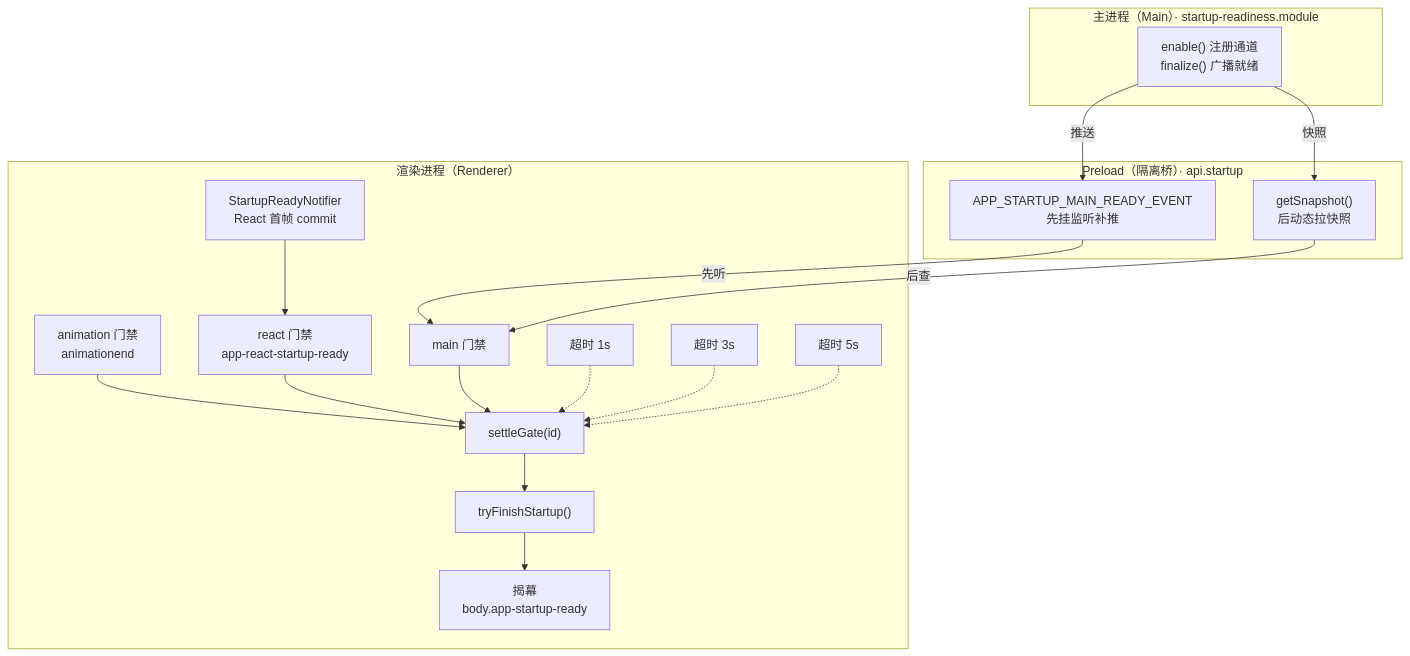
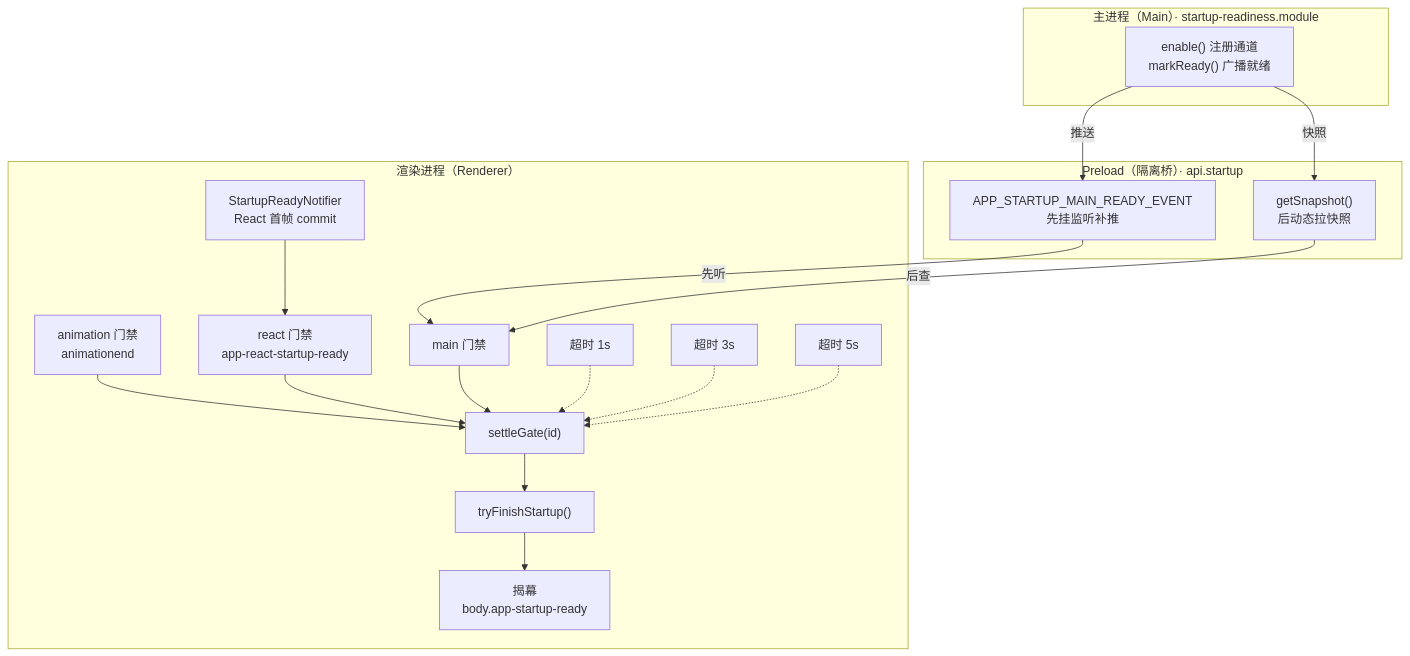
The diagram in packages/docs/src/pages/ui/first-screen.md (BanShan-Alec/electron-react-monorepo-template), drawn with Mermaid before and after one commit. The commit also changed other lines of this file and 10 other files, not shown here.

````diff
--- a/packages/docs/src/pages/ui/first-screen.md
+++ b/packages/docs/src/pages/ui/first-screen.md
@@ -22,31 +22,31 @@
 ```mermaid
 flowchart TB
   subgraph renderer["渲染进程（Renderer）"]
     StartupReadyNotifier["StartupReadyNotifier<br/>React 首帧 commit"]
     animation["animation 门禁<br/>animationend"]
     react["react 门禁<br/>app-react-startup-ready"]
     main["main 门禁"]
     settleGate["settleGate(id)"]
     tryFinishStartup["tryFinishStartup()"]
     APP_STARTUP_READY_CLASS["揭幕<br/>body.app-startup-ready"]
     STARTUP_ANIMATION_FALLBACK_MS["超时 1s"]
     STARTUP_REACT_FALLBACK_MS["超时 3s"]
     STARTUP_MAIN_FALLBACK_MS["超时 5s"]
   end
   subgraph preload["Preload（隔离桥）· api.startup"]
     APP_STARTUP_MAIN_READY_EVENT["APP_STARTUP_MAIN_READY_EVENT<br/>先挂监听补推"]
     getSnapshot["getSnapshot()<br/>后动态拉快照"]
   end
   subgraph mainProcess["主进程（Main）· startup-readiness.module"]
-    startupReadiness["enable() 注册通道<br/>finalize() 广播就绪"]
+    startupReadiness["enable() 注册通道<br/>markReady() 广播就绪"]
   end
   StartupReadyNotifier --> react
   animation & react & main --> settleGate
   STARTUP_ANIMATION_FALLBACK_MS & STARTUP_REACT_FALLBACK_MS & STARTUP_MAIN_FALLBACK_MS -.-> settleGate
   settleGate --> tryFinishStartup
   tryFinishStartup --> APP_STARTUP_READY_CLASS
   startupReadiness -->|"推送"| APP_STARTUP_MAIN_READY_EVENT
   startupReadiness -->|"快照"| getSnapshot
   APP_STARTUP_MAIN_READY_EVENT -->|"先听"| main
   getSnapshot -->|"后查"| main
 ```
````
